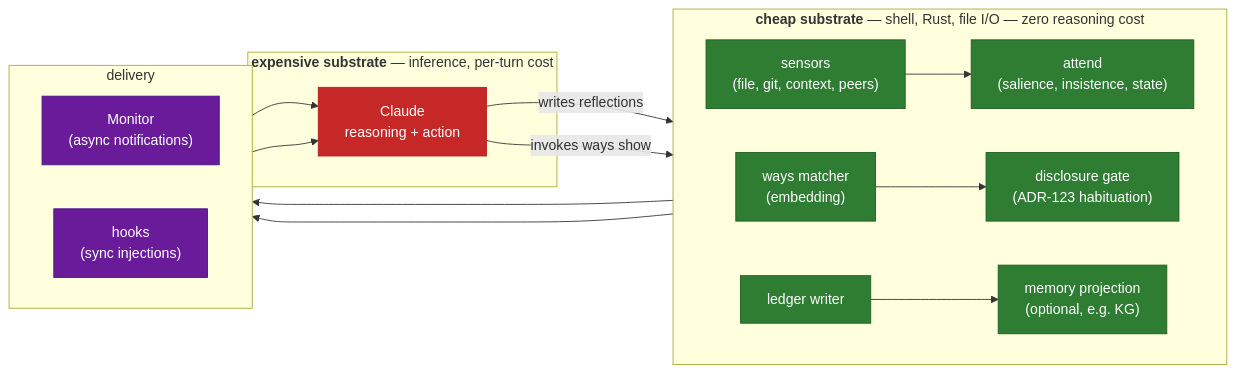
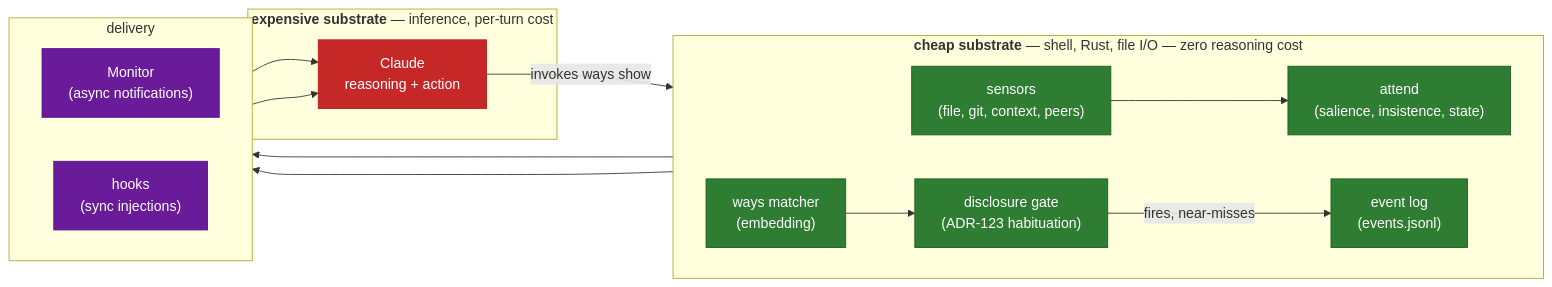
Before and after one commit to aaronsb/agent-ways: the first of 3 diagrams in docs/cognitive-loop.md, drawn with Mermaid. The commit also changed other lines of this file and 6 other files, not shown here.

````diff
--- a/docs/cognitive-loop.md
+++ b/docs/cognitive-loop.md
@@ -36,38 +35,36 @@
 ```mermaid
 flowchart LR
     classDef cheap fill:#2E7D32,stroke:#1B5E20,color:#fff
     classDef expensive fill:#C62828,stroke:#B71C1C,color:#fff
     classDef delivery fill:#6A1B9A,stroke:#4A148C,color:#fff
 
     subgraph CheapSub["<b>cheap substrate</b> — shell, Rust, file I/O — zero reasoning cost"]
         direction LR
         Sensors["sensors<br/>(file, git, context, peers)"]:::cheap
         Attend["attend<br/>(salience, insistence, state)"]:::cheap
         Matcher["ways matcher<br/>(embedding)"]:::cheap
         Gate["disclosure gate<br/>(ADR-123 habituation)"]:::cheap
-        Ledger["ledger writer"]:::cheap
-        Memory["memory projection<br/>(optional, e.g. KG)"]:::cheap
+        Log["event log<br/>(events.jsonl)"]:::cheap
     end
 
     subgraph Del["delivery"]
         direction LR
         Monitor["Monitor<br/>(async notifications)"]:::delivery
         Hooks["hooks<br/>(sync injections)"]:::delivery
     end
 
     subgraph Exp["<b>expensive substrate</b> — inference, per-turn cost"]
         Claude["Claude<br/>reasoning + action"]:::expensive
     end
 
     Sensors --> Attend
     Attend --> Monitor
     Matcher --> Gate
     Gate --> Hooks
 
     Monitor --> Claude
     Hooks --> Claude
 
-    Claude -->|"writes reflections"| Ledger
-    Ledger --> Memory
+    Gate -->|"fires, near-misses"| Log
     Claude -->|"invokes ways show"| Matcher
 ```
````
